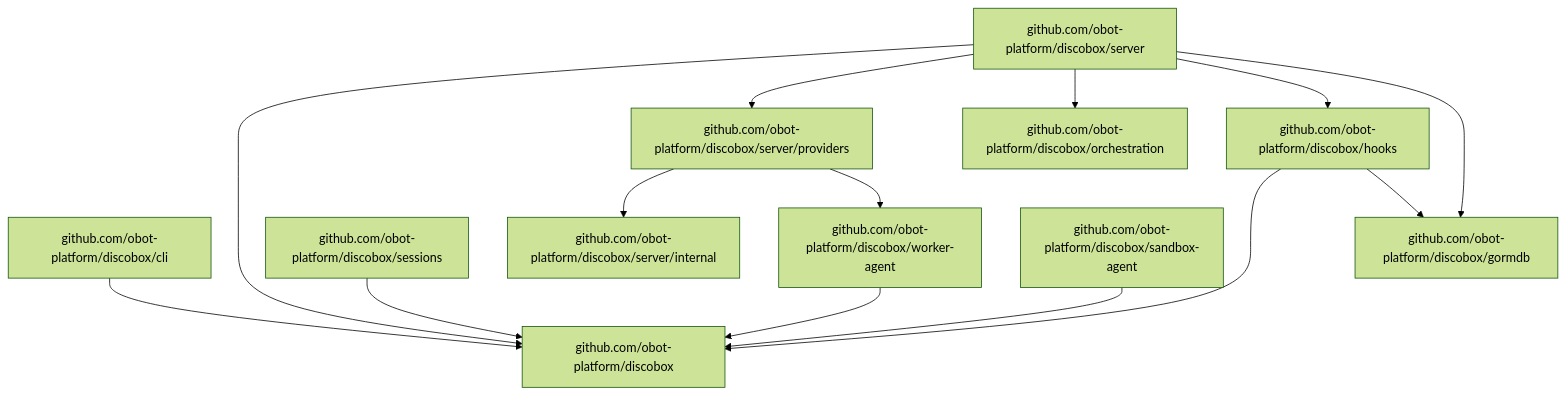
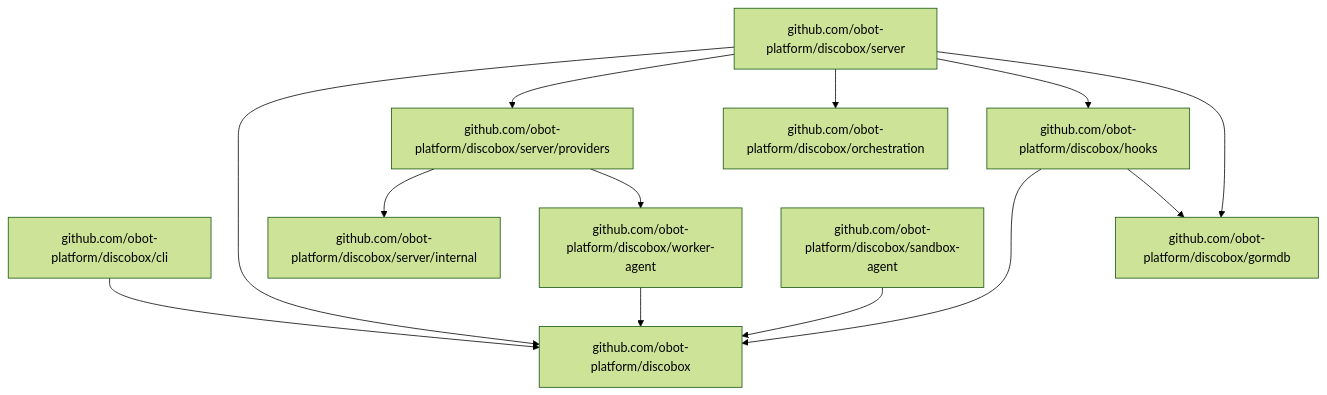
Before and after one commit to discobox-ai/discobox: the second of 2 diagrams in DESIGN.md, drawn with Mermaid (forest theme). The commit also changed other lines of this file and 51 other files, not shown here.

````diff
--- a/DESIGN.md
+++ b/DESIGN.md
@@ -70,16 +70,15 @@
 ```mermaid
 flowchart TD
     cli["github.com/obot-platform/discobox/cli"] --> root["github.com/obot-platform/discobox"]
     server["github.com/obot-platform/discobox/server"] --> root
     server --> providers["github.com/obot-platform/discobox/server/providers"]
     server --> orchestration["github.com/obot-platform/discobox/orchestration"]
     server --> hooks["github.com/obot-platform/discobox/hooks"]
     server --> gormdb["github.com/obot-platform/discobox/gormdb"]
     hooks --> root
     hooks --> gormdb
-    sessions["github.com/obot-platform/discobox/sessions"] --> root
     providers --> serverInternal["github.com/obot-platform/discobox/server/internal"]
     providers --> workerAgent["github.com/obot-platform/discobox/worker-agent"]
     workerAgent --> root
     sandboxAgent["github.com/obot-platform/discobox/sandbox-agent"] --> root
 ```
````
